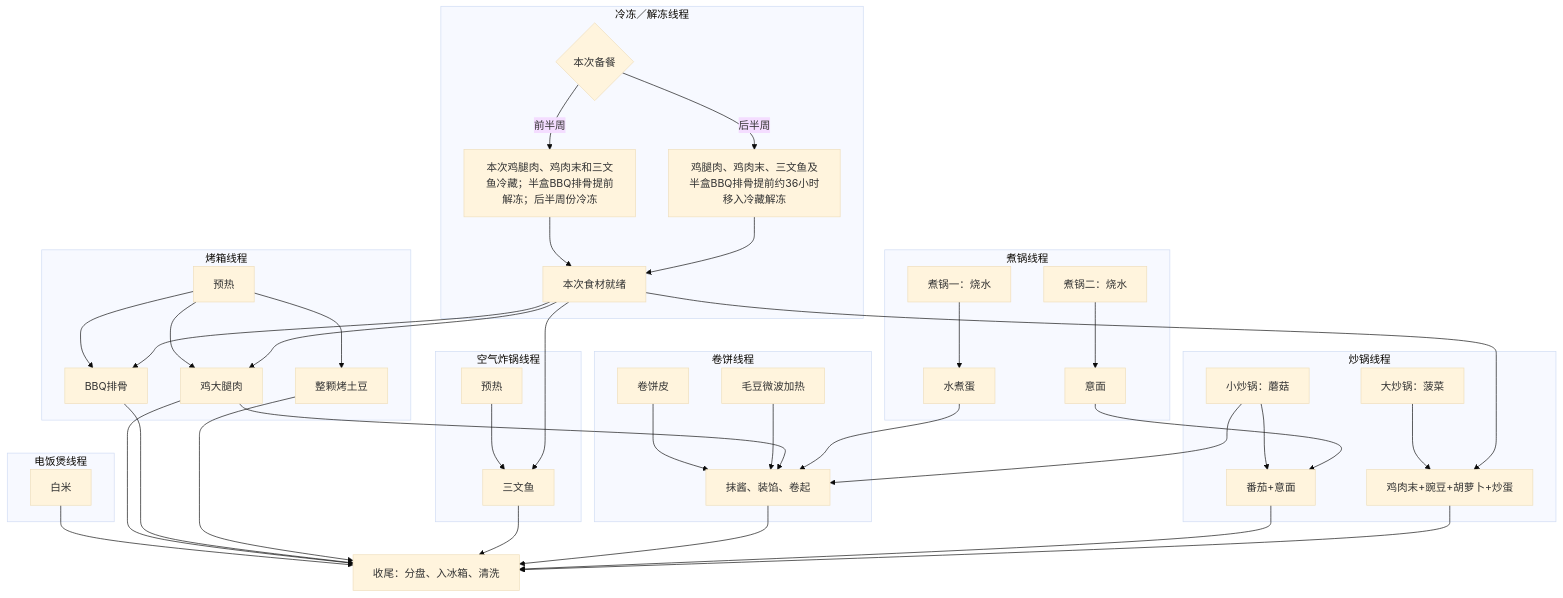
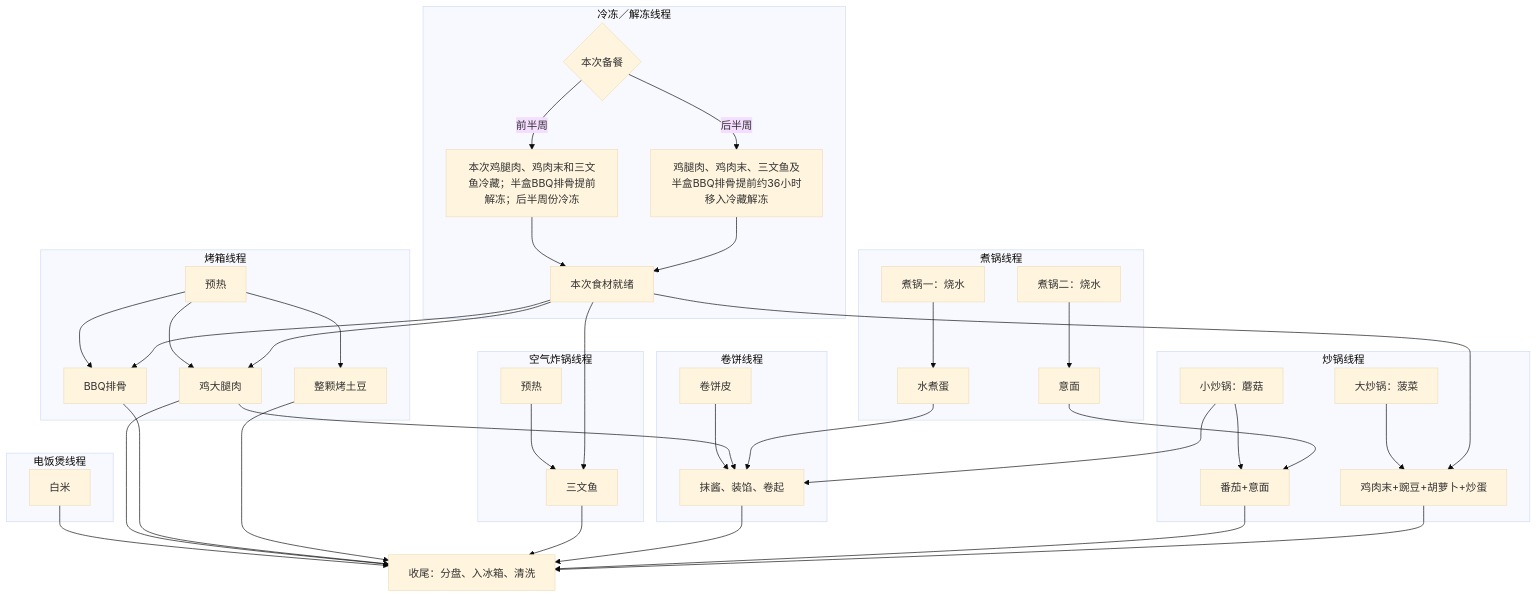
Before and after one commit to yunhaixiang/fitness: the diagram in cooking.md, drawn with Mermaid (base theme). The commit also changed other lines of this file and 4 other files, not shown here.

````diff
--- a/cooking.md
+++ b/cooking.md
@@ -13,48 +13,47 @@
 ```mermaid
 flowchart TB
     subgraph cold[冷冻／解冻线程]
         C0{本次备餐} -->|前半周| C1[本次鸡腿肉、鸡肉末和三文鱼冷藏；半盒BBQ排骨提前解冻；后半周份冷冻]
         C0 -->|后半周| C2[鸡腿肉、鸡肉末、三文鱼及半盒BBQ排骨提前约36小时移入冷藏解冻]
         C1 --> C3[本次食材就绪]
         C2 --> C3
     end
     subgraph rice[电饭煲线程]
         SR[白米]
     end
     subgraph oven[烤箱线程]
         SO0[预热] --> SO2[鸡大腿肉]
         SO0 --> SO3[整颗烤土豆]
         SO0 --> SO1[BBQ排骨]
     end
     subgraph air[空气炸锅线程]
         SA0[预热] --> SA1[三文鱼]
     end
     subgraph pots[煮锅线程]
         SP0[煮锅一：烧水] --> SP2[水煮蛋]
         SP3[煮锅二：烧水] --> SP1[意面]
     end
     subgraph woks[炒锅线程]
         SW1[小炒锅：蘑菇] --> SW3[番茄+意面]
         SW2[大炒锅：菠菜] --> SW4[鸡肉末+豌豆+胡萝卜+炒蛋]
     end
     subgraph wraps[卷饼线程]
         ST[卷饼皮] --> ST1[抹酱、装馅、卷起]
-        ST2[毛豆微波加热] --> ST1
     end
     C3 --> SO2
     C3 --> SO1
     C3 --> SA1
     C3 --> SW4
     SR --> SF
     SP1 --> SW3
     SO2 --> SF[收尾：分盘、入冰箱、清洗]
     SO2 --> ST1
     SO1 --> SF
     SO3 --> SF
     SA1 --> SF
     SP2 --> ST1
     SW1 --> ST1
     ST1 --> SF
     SW3 --> SF
     SW4 --> SF
 ```
````
